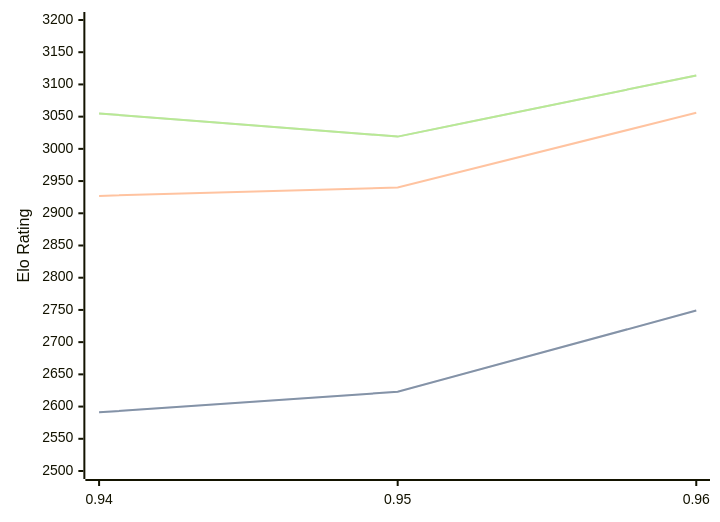
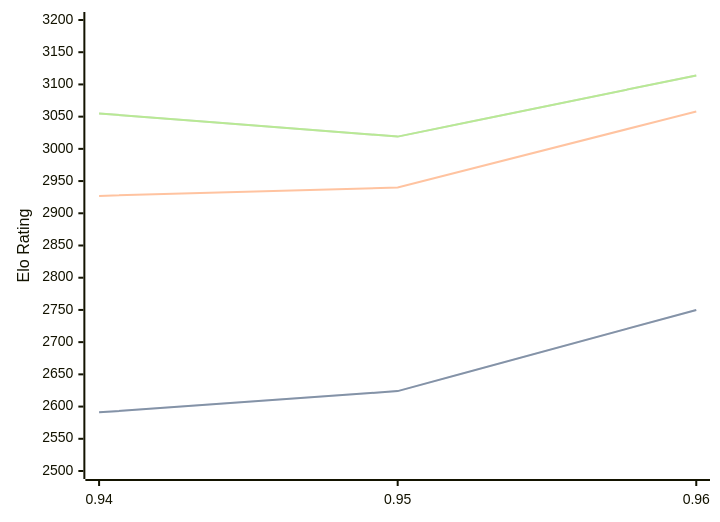
The diagram in engines/Myrddin.md (computer-chess-index/cci), drawn with Mermaid before and after one commit. The commit also changed other lines of this file, not shown here.

````diff
--- a/engines/Myrddin.md
+++ b/engines/Myrddin.md
@@ -33,11 +33,11 @@
 ```mermaid
 %%{init: {"theme":"base","themeVariables":{"seriesColors:['#a3a3a3','#222221','#faa371']}}}%%
 xychart-beta
   x-axis ["0.94", "0.95", "0.96"]
   y-axis "Elo Rating" 2500 --> 3200
-  line "STC (8.0+0.08s)" [2591, 2623, 2749]
-  line "STC (8.0+0.08s)" [2591, 2623, 2749]
-  line "LTC (60.0+0.60s)" [2927, 2940, 3056]
+  line "STC (8.0+0.08s)" [2591, 2624, 2750]
+  line "STC (8.0+0.08s)" [2591, 2624, 2750]
+  line "LTC (60.0+0.60s)" [2927, 2940, 3058]
   line "VLTC (2m24s+1.12s)" [3055, 3019, 3114]
   line "VLTC (2m24s+1.12s)" [3055, 3019, 3114]
 ```
````
